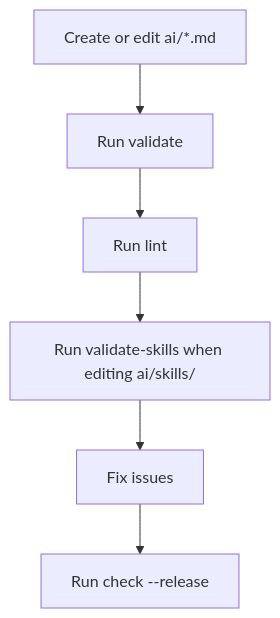
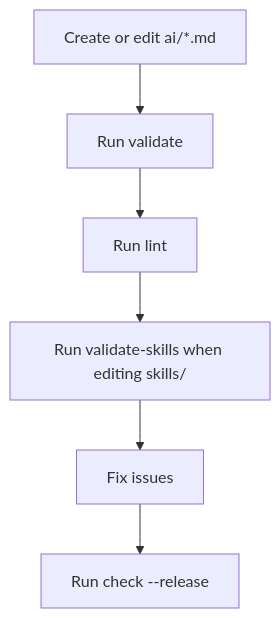
One commit to davidsneighbour/ai changed the diagram in documentation/repository-structure-and-features.md. Above: the diagram before and after it, drawn with Mermaid. The commit also changed other lines of this file and 59 other files, not shown here.

````diff
--- a/documentation/repository-structure-and-features.md
+++ b/documentation/repository-structure-and-features.md
@@ -92,8 +94,8 @@
 ```mermaid
 flowchart TD
     A[Create or edit ai/*.md] --> B[Run validate]
     B --> C[Run lint]
-    C --> D[Run validate-skills when editing ai/skills/]
+    C --> D[Run validate-skills when editing skills/]
     D --> E[Fix issues]
     E --> F[Run check --release]
 ```
````
